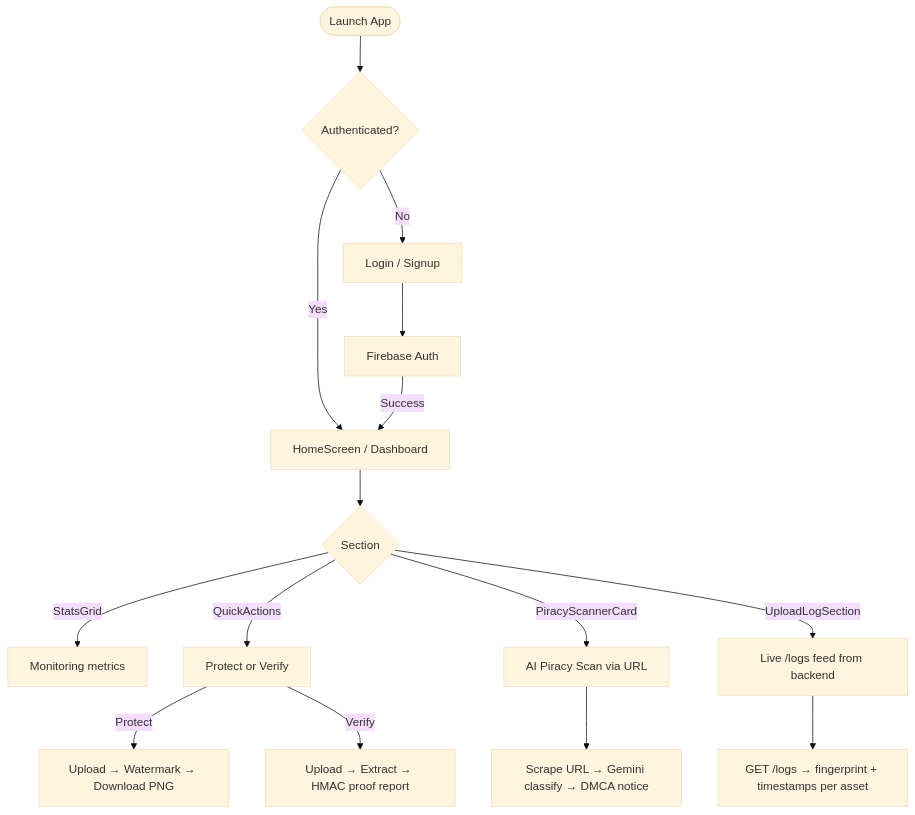
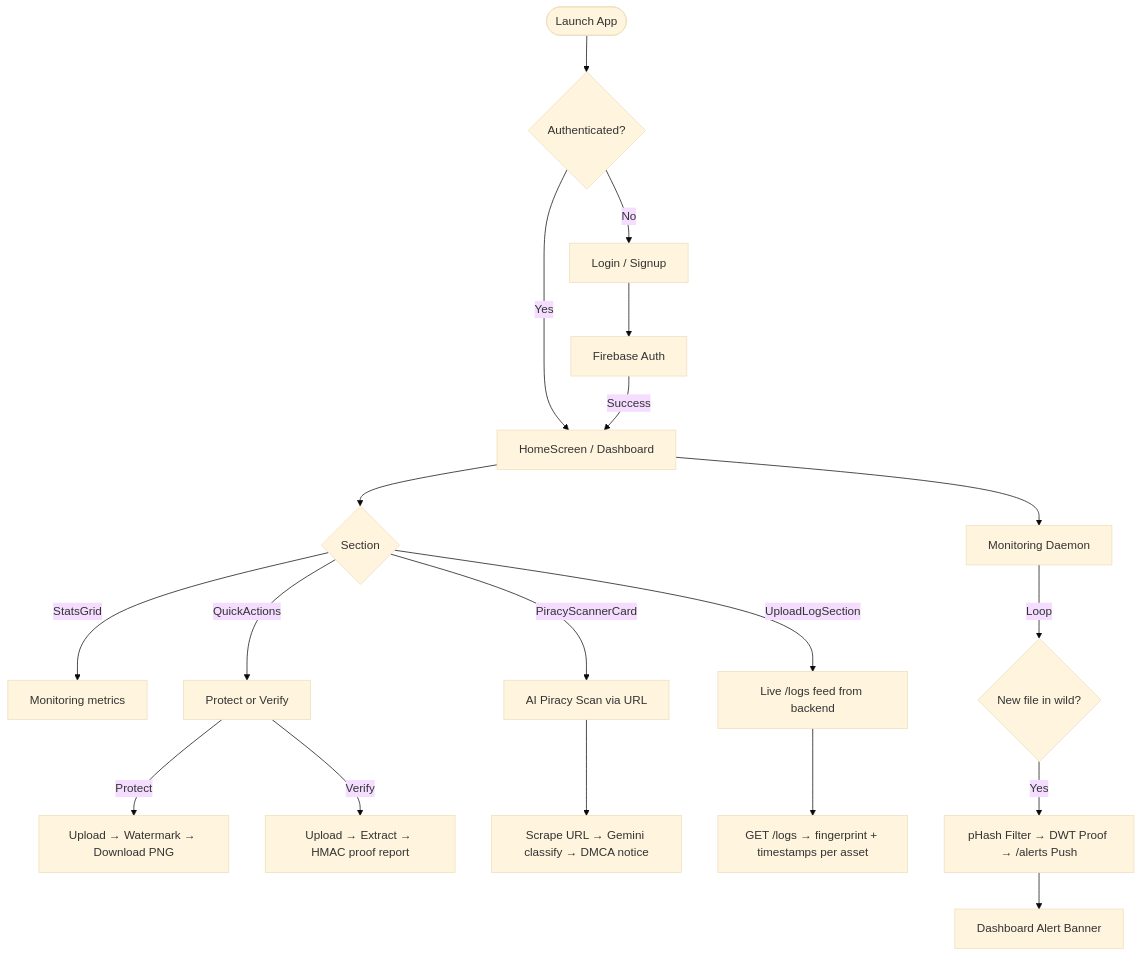
The diagram in DEVELOPMENT_GUIDE.md (YONKO-SID/indelible), drawn with Mermaid (base theme) before and after one commit. The commit also changed other lines of this file and 33 other files, not shown here.

Commit message:
feat: Implement Automated Watchdog with pHash BK-Tree indexing and Real-time Alerts UI

````diff
--- a/DEVELOPMENT_GUIDE.md
+++ b/DEVELOPMENT_GUIDE.md
@@ -137,20 +138,25 @@
 ```mermaid
 graph TD
     A([Launch App]) --> B{Authenticated?}
     B -- Yes --> E[HomeScreen / Dashboard]
     B -- No --> C[Login / Signup]
     C --> D[Firebase Auth]
     D -- Success --> E
 
     E --> F{Section}
     F -- StatsGrid --> G[Monitoring metrics]
     F -- QuickActions --> H[Protect or Verify]
     F -- PiracyScannerCard --> I[AI Piracy Scan via URL]
     F -- UploadLogSection --> J[Live /logs feed from backend]
 
     H -- Protect --> K[Upload → Watermark → Download PNG]
     H -- Verify --> L[Upload → Extract → HMAC proof report]
 
     I --> M[Scrape URL → Gemini classify → DMCA notice]
     J --> N[GET /logs → fingerprint + timestamps per asset]
+    
+    E --> O[Monitoring Daemon]
+    O -- Loop --> P{New file in wild?}
+    P -- Yes --> Q[pHash Filter → DWT Proof → /alerts Push]
+    Q --> R[Dashboard Alert Banner]
 ```
````
